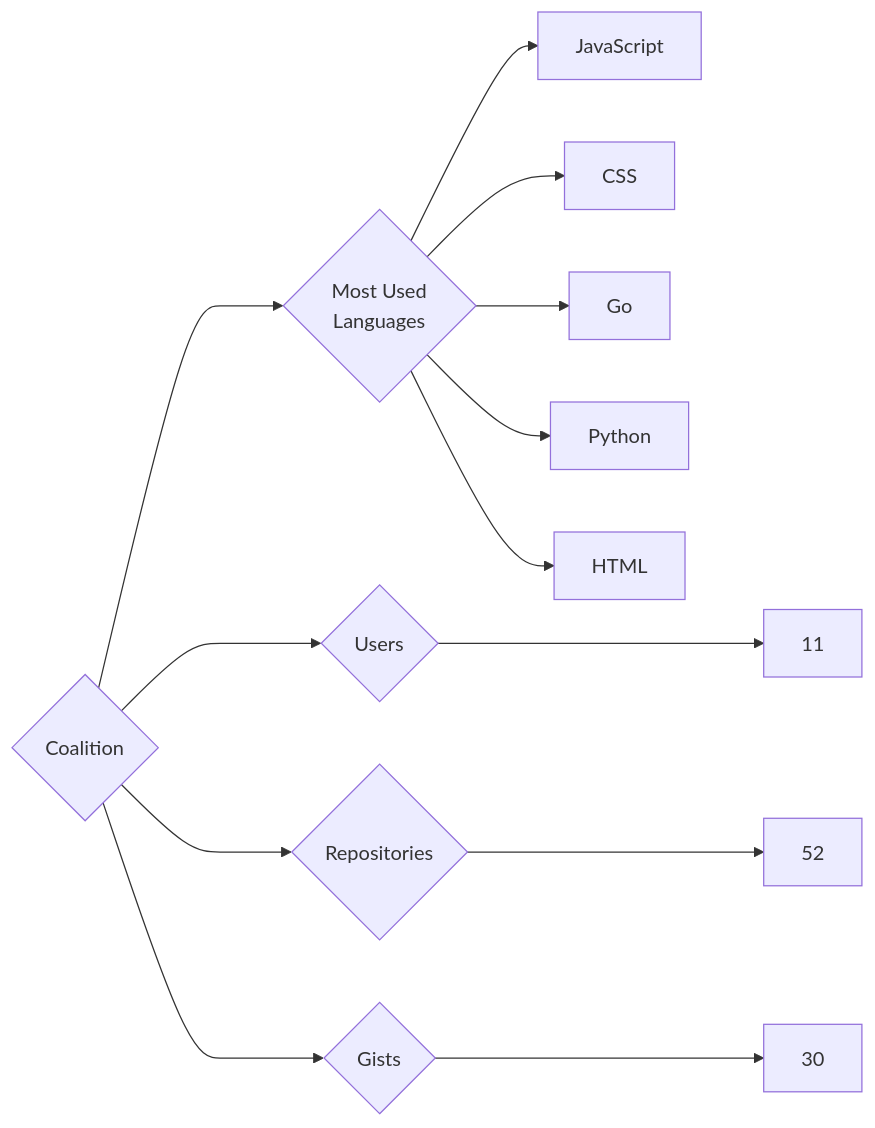
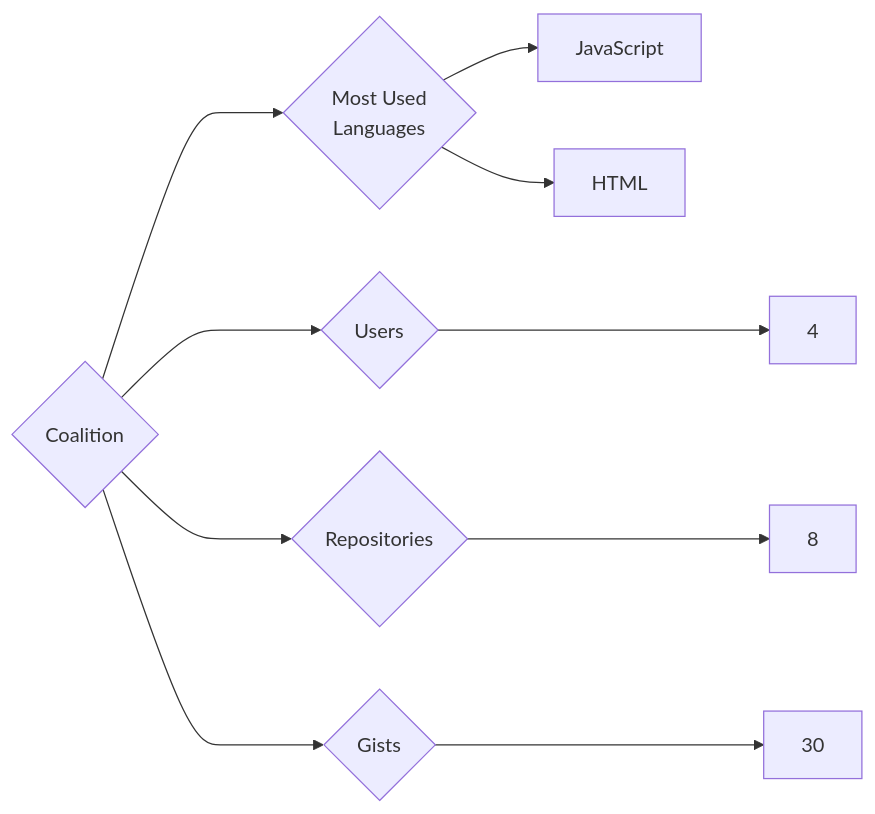
Before and after one commit to trickest/insiders: the diagram in targets/Coalition/README.md, drawn with Mermaid. The commit also changed 1170 other files, not shown here.

````diff
--- a/targets/Coalition/README.md
+++ b/targets/Coalition/README.md
@@ -3,13 +3,10 @@
 ```mermaid
 graph LR
 COMPANY_NAME{Coalition}
-COMPANY_NAME ---> U{Users} ---> UN[11]
-COMPANY_NAME ---> R{Repositories} ---> RN[52]
+COMPANY_NAME ---> U{Users} ---> UN[4]
+COMPANY_NAME ---> R{Repositories} ---> RN[8]
 COMPANY_NAME ---> G{Gists} ---> GN[30]
 COMPANY_NAME ---> ML{Most Used<br>Languages}
 ML --> JavaScript[JavaScript]
-ML --> CSS[CSS]
-ML --> Go[Go]
-ML --> Python[Python]
 ML --> HTML[HTML]
 ```
````
